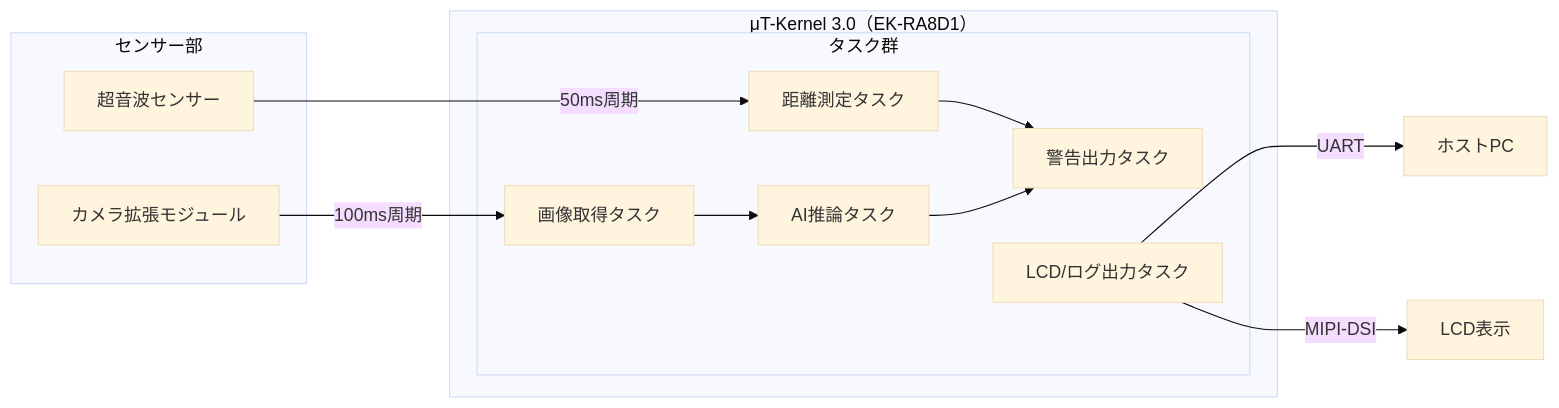
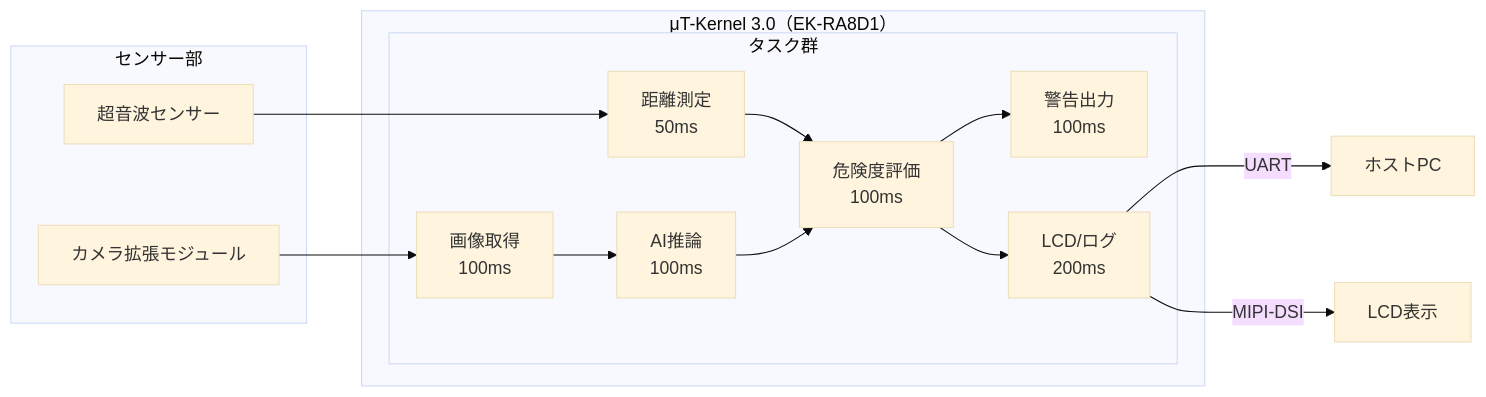
Before and after one commit to noburestaurant/TronProgramingContest: the diagram in docs/plan/planNew.md, drawn with Mermaid (base theme). The commit also changed other lines of this file, not shown here.

````diff
--- a/docs/plan/planNew.md
+++ b/docs/plan/planNew.md
@@ -70,25 +110,28 @@
 ```mermaid
 graph LR
   subgraph sensor["センサー部"]
     US["超音波センサー"]
     CAM["カメラ拡張モジュール"]
   end
 
   subgraph mcu["μT-Kernel 3.0（EK-RA8D1）"]
     subgraph tasks["タスク群"]
-      T1["距離測定タスク"]
-      T2["画像取得タスク"]
-      T3["AI推論タスク"]
-      T4["警告出力タスク"]
-      T5["LCD/ログ出力タスク"]
+      T1["距離測定\n50ms"]
+      T2["画像取得\n100ms"]
+      T3["AI推論\n100ms"]
+      T4["危険度評価\n100ms"]
+      T5["警告出力\n100ms"]
+      T6["LCD/ログ\n200ms"]
     end
   end
 
-  US -->|50ms周期| T1
-  CAM -->|100ms周期| T2
+  US --> T1
+  CAM --> T2
   T2 --> T3
   T1 --> T4
   T3 --> T4
-  T5 -->|UART| Host["ホストPC"]
-  T5 -->|MIPI-DSI| LCD["LCD表示"]
+  T4 --> T5
+  T4 --> T6
+  T6 -->|UART| Host["ホストPC"]
+  T6 -->|MIPI-DSI| LCD["LCD表示"]
 ```
````
